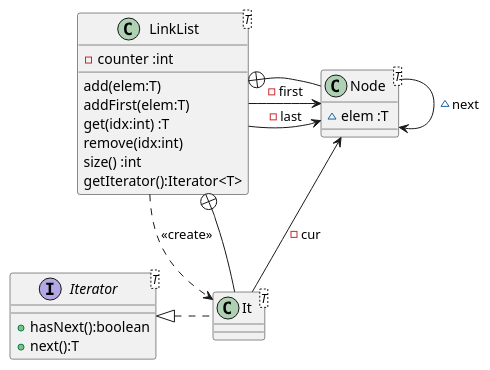
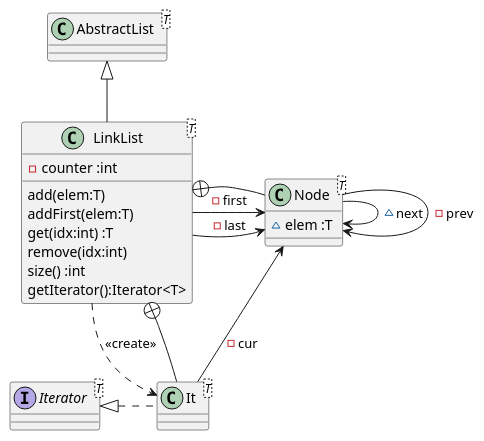
One commit to isel-leic-poo/20-21-1-LI21N changed the diagram in List/src/isel/poo/list/LinkList.puml. Above: the diagram before and after it, drawn with PlantUML. The commit also changed 3 other files, not shown here.

```diff
--- a/List/src/isel/poo/list/LinkList.puml
+++ b/List/src/isel/poo/list/LinkList.puml
@@ -1,40 +1,44 @@
 @startuml
+
+class AbstractList<T>
 
 class LinkList<T> {
   '-first :Node
   -counter :int
   add(elem:T)
   addFirst(elem:T)
   get(idx:int) :T
   remove(idx:int)
   size() :int
   getIterator():Iterator<T>
 }
 LinkList ..> It : <<create>>
+AbstractList <|-- LinkList
 
 interface Iterator<T> {
-   +hasNext():boolean
-   +next():T
+   '+hasNext():boolean
+   '+next():T
 }
 
 class It<T> {
    '+hasNext():boolean
    '+next():int
 }
 
 class Node<T> {
   ~elem :T
   '~next :Node
 }
 
 Node <- It : -cur
 Node -> Node : ~next
+Node -> Node : -prev
 'LinkList ..> IntIterator
 LinkList +- Node : "  "
 LinkList -> Node : -first
 LinkList -> Node : -last
 LinkList +-- It
 
 Iterator <|. It : "      "
 
 @enduml
```
